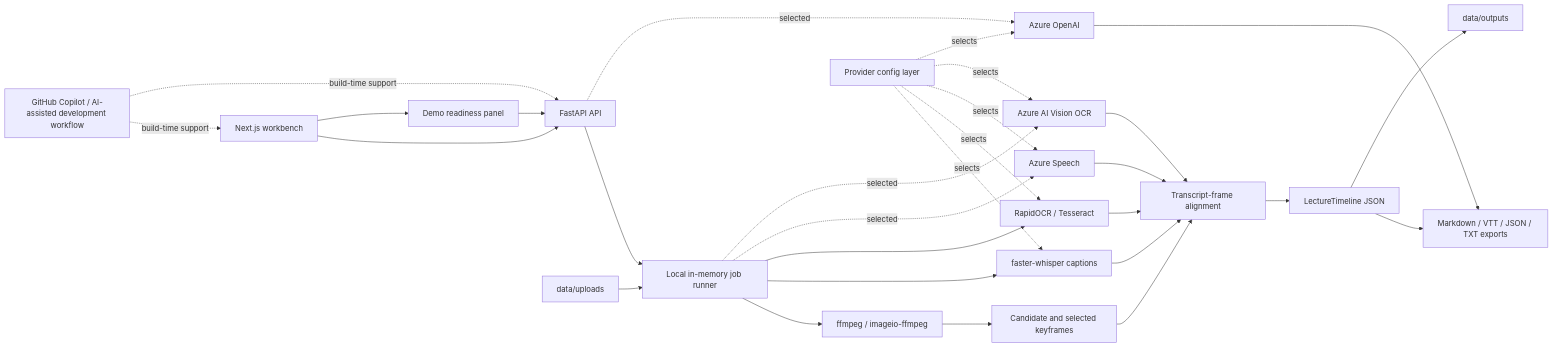
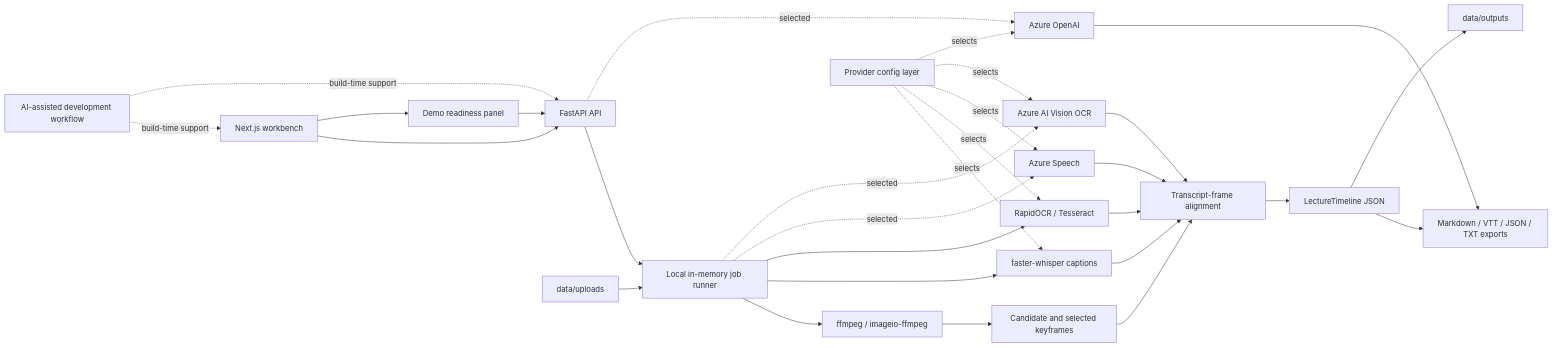
One commit to V3sr/AccessiNote changed the diagram in docs/ARCHITECTURE.md. Above: the diagram before and after it, drawn with Mermaid. The commit also changed other lines of this file and 17 other files, not shown here.

````diff
--- a/docs/ARCHITECTURE.md
+++ b/docs/ARCHITECTURE.md
@@ -60,31 +55,31 @@
 ```mermaid
 flowchart LR
-  DEV[GitHub Copilot / AI-assisted development workflow] -. build-time support .-> UI
+  DEV[AI-assisted development workflow] -. build-time support .-> UI
   DEV -. build-time support .-> API
   UI[Next.js workbench] --> API[FastAPI API]
   UI --> STATUS[Demo readiness panel]
   STATUS --> API
   API --> JOB[Local in-memory job runner]
   JOB --> FFMPEG[ffmpeg / imageio-ffmpeg]
   JOB --> WHISPER[faster-whisper captions]
   JOB --> OCR[RapidOCR / Tesseract]
   JOB -. selected .-> SPEECH[Azure Speech]
   JOB -. selected .-> VISION[Azure AI Vision OCR]
   API -. selected .-> AOAI[Azure OpenAI]
   FFMPEG --> FRAMES[Candidate and selected keyframes]
   WHISPER --> ALIGN[Transcript-frame alignment]
   SPEECH --> ALIGN
   OCR --> ALIGN
   VISION --> ALIGN
   FRAMES --> ALIGN
   ALIGN --> TIMELINE[LectureTimeline JSON]
   TIMELINE --> OUTPUTS[Markdown / VTT / JSON / TXT exports]
   AOAI --> OUTPUTS
   TIMELINE --> STORE[data/outputs]
   UPLOADS[data/uploads] --> JOB
   PROVIDERS[Provider config layer] -. selects .-> WHISPER
   PROVIDERS -. selects .-> OCR
   PROVIDERS -. selects .-> SPEECH
   PROVIDERS -. selects .-> VISION
   PROVIDERS -. selects .-> AOAI
 ```
````
